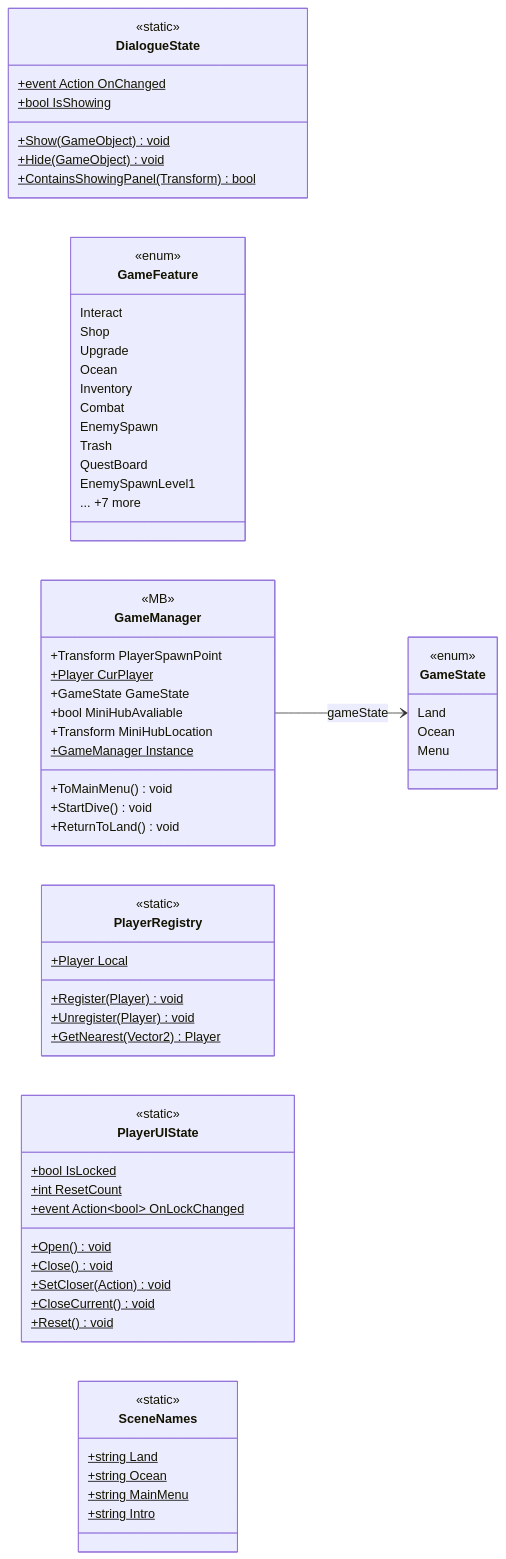
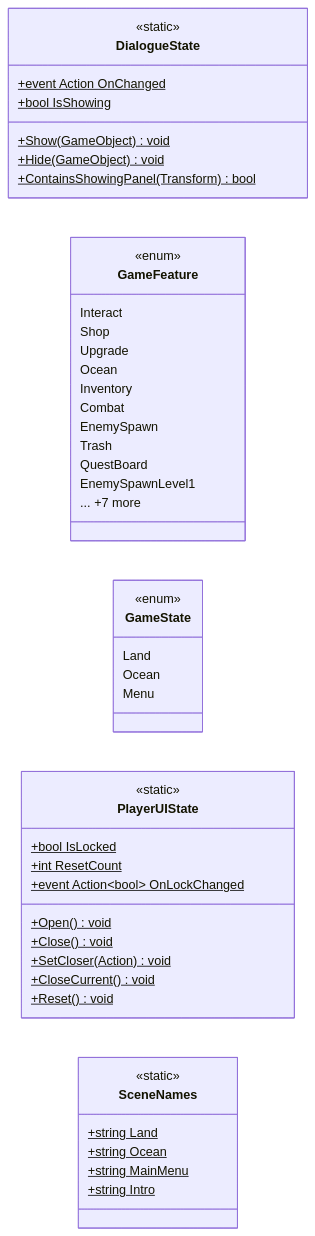
One commit to PhumipatWave/project-ocean changed the diagram in docs/uml/modules/Core.md. Above: the diagram before and after it, drawn with Mermaid. The commit also changed other lines of this file and 531 other files, not shown here.

````diff
--- a/docs/uml/modules/Core.md
+++ b/docs/uml/modules/Core.md
@@ -7,70 +7,50 @@
 ```mermaid
 classDiagram
   direction LR
   class DialogueState {
     <<static>>
     +event Action OnChanged$
     +bool IsShowing$
     +Show(GameObject)$ void
     +Hide(GameObject)$ void
     +ContainsShowingPanel(Transform)$ bool
   }
   class GameFeature {
     <<enum>>
     Interact
     Shop
     Upgrade
     Ocean
     Inventory
     Combat
     EnemySpawn
     Trash
     QuestBoard
     EnemySpawnLevel1
     ... +7 more
   }
   class GameState {
     <<enum>>
     Land
     Ocean
     Menu
   }
-  class GameManager {
-    <<MB>>
-    +Transform PlayerSpawnPoint
-    +Player CurPlayer$
-    +GameState GameState
-    +bool MiniHubAvaliable
-    +Transform MiniHubLocation
-    +GameManager Instance$
-    +ToMainMenu() void
-    +StartDive() void
-    +ReturnToLand() void
-  }
-  class PlayerRegistry {
-    <<static>>
-    +Player Local$
-    +Register(Player)$ void
-    +Unregister(Player)$ void
-    +GetNearest(Vector2)$ Player
-  }
   class PlayerUIState {
     <<static>>
     +bool IsLocked$
     +int ResetCount$
     +event Action~bool~ OnLockChanged$
     +Open()$ void
     +Close()$ void
     +SetCloser(Action)$ void
     +CloseCurrent()$ void
     +Reset()$ void
   }
   class SceneNames {
     <<static>>
     +string Land$
     +string Ocean$
     +string MainMenu$
     +string Intro$
   }
-  GameManager --> GameState : gameState
 ```
````
